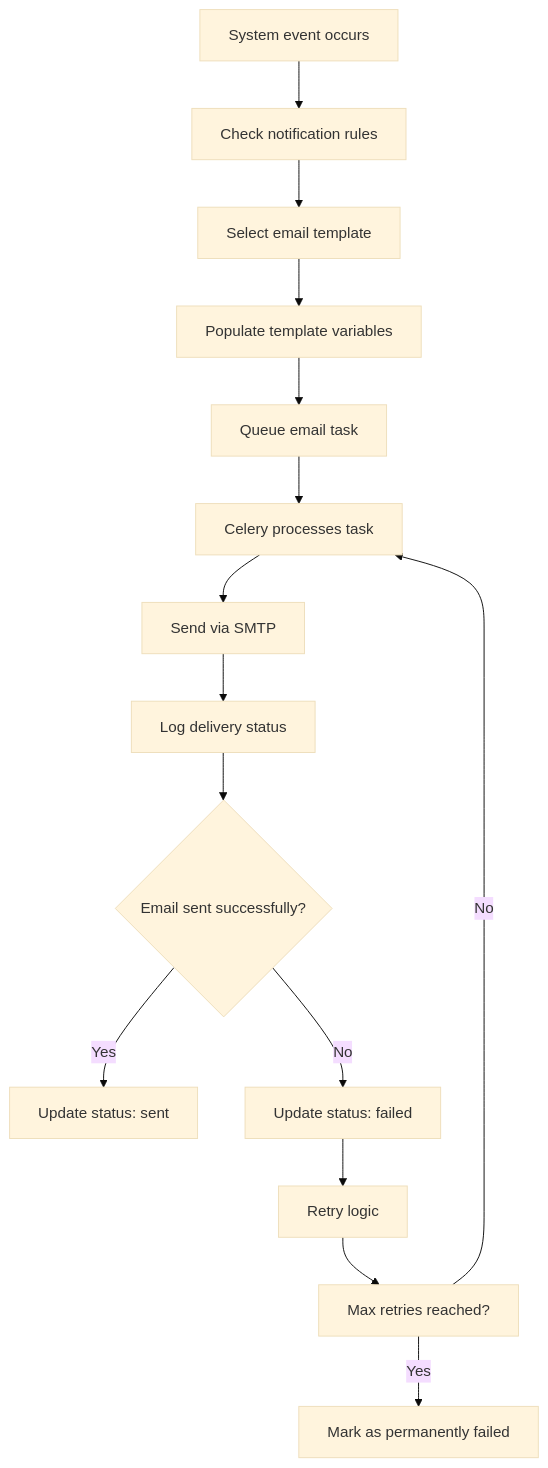
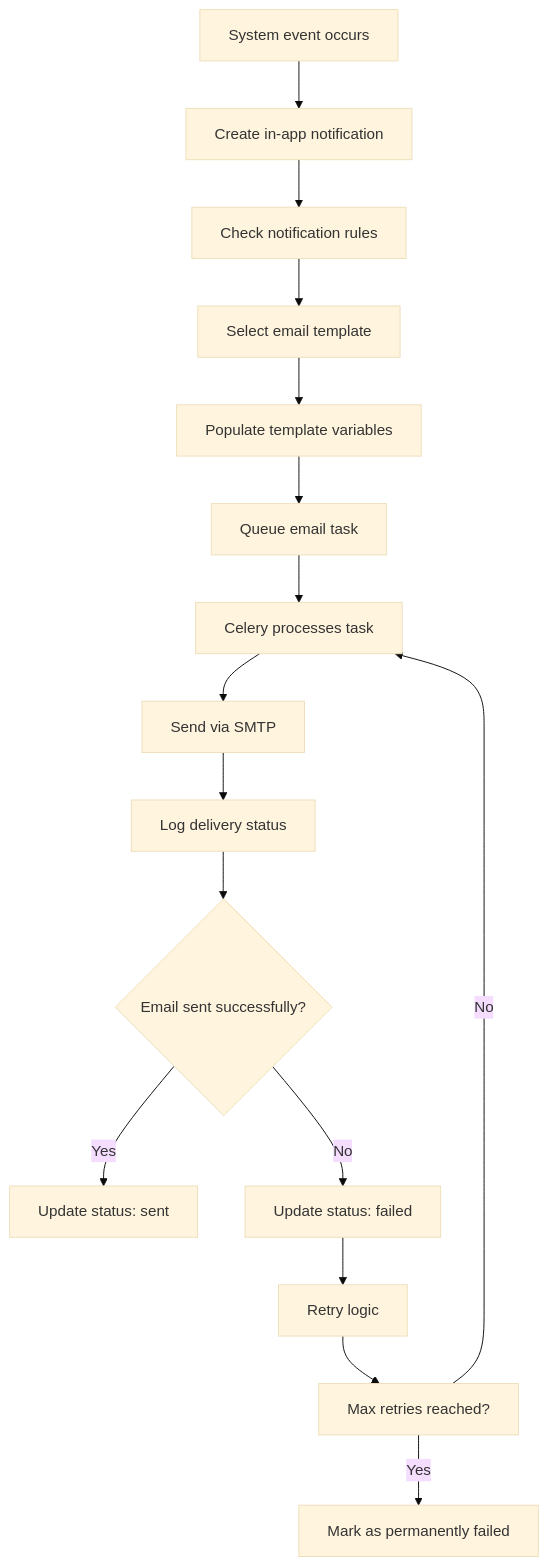
The eighth of 8 diagrams in project-documentation/SYSTEM_ARCHITECTURE.md (lodi2001/mdc-v2), drawn with Mermaid (base theme) before and after one commit. The commit also changed other lines of this file and 20 other files, not shown here.

First line of the commit message:
feat: Complete notification system implementation and transaction management enhancements

````diff
--- a/project-documentation/SYSTEM_ARCHITECTURE.md
+++ b/project-documentation/SYSTEM_ARCHITECTURE.md
@@ -1186,17 +1209,18 @@
 ```mermaid
 flowchart TD
-    A[System event occurs] --> B[Check notification rules]
-    B --> C[Select email template]
-    C --> D[Populate template variables]
-    D --> E[Queue email task]
-    E --> F[Celery processes task]
-    F --> G[Send via SMTP]
-    G --> H[Log delivery status]
-    H --> I{Email sent successfully?}
-    I -->|Yes| J[Update status: sent]
-    I -->|No| K[Update status: failed]
-    K --> L[Retry logic]
-    L --> M[Max retries reached?]
-    M -->|No| F
-    M -->|Yes| N[Mark as permanently failed]
+    A[System event occurs] --> B[Create in-app notification]
+    B --> C[Check notification rules]
+    C --> D[Select email template]
+    D --> E[Populate template variables]
+    E --> F[Queue email task]
+    F --> G[Celery processes task]
+    G --> H[Send via SMTP]
+    H --> I[Log delivery status]
+    I --> J{Email sent successfully?}
+    J -->|Yes| K[Update status: sent]
+    J -->|No| L[Update status: failed]
+    L --> M[Retry logic]
+    M --> N[Max retries reached?]
+    N -->|No| G
+    N -->|Yes| O[Mark as permanently failed]
 ```
````
